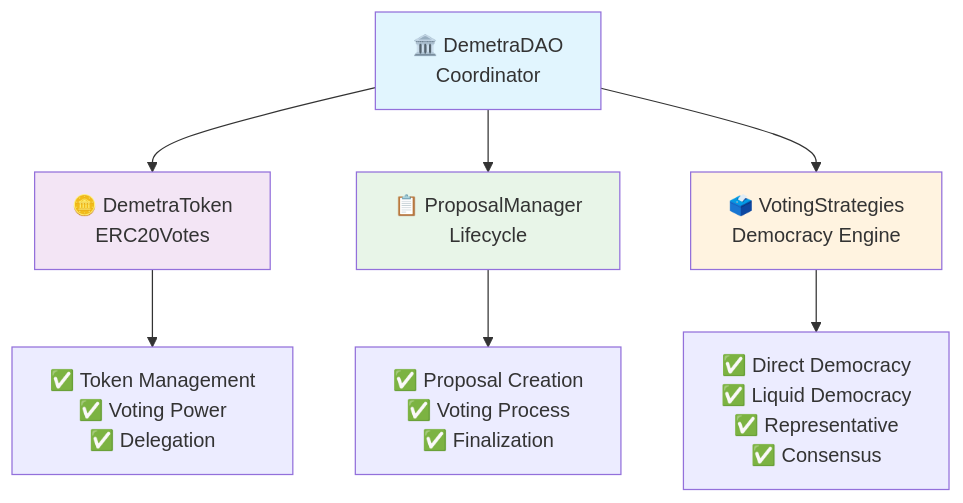
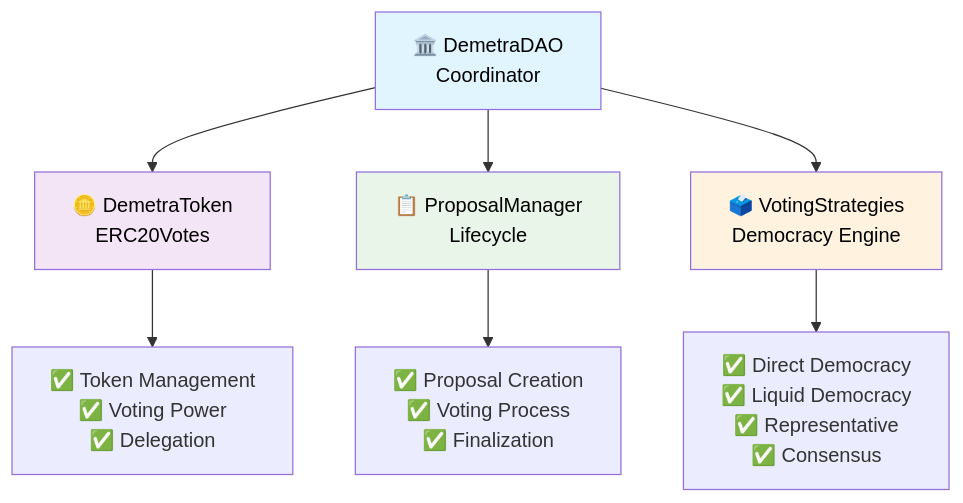
One commit to JPier34/DemetraDAO changed the first of 2 diagrams in README.md. Above: the diagram before and after it, drawn with Mermaid.

````diff
--- a/README.md
+++ b/README.md
@@ -92,15 +92,15 @@
 ```mermaid
 graph TD
     A[🏛️ DemetraDAO<br/>Coordinator] --> B[🪙 DemetraToken<br/>ERC20Votes]
     A --> C[📋 ProposalManager<br/>Lifecycle]
     A --> D[🗳️ VotingStrategies<br/>Democracy Engine]
 
     B --> E[✅ Token Management<br/>✅ Voting Power<br/>✅ Delegation]
     C --> F[✅ Proposal Creation<br/>✅ Voting Process<br/>✅ Finalization]
     D --> G[✅ Direct Democracy<br/>✅ Liquid Democracy<br/>✅ Representative<br/>✅ Consensus]
 
-    style A fill:#e1f5fe
-    style B fill:#f3e5f5
-    style C fill:#e8f5e8
-    style D fill:#fff3e0
+    style A fill:#e1f5fe, color:#000000
+    style B fill:#f3e5f5, color:#000000
+    style C fill:#e8f5e8, color:#000000
+    style D fill:#fff3e0, color:#000000
 ```
````
